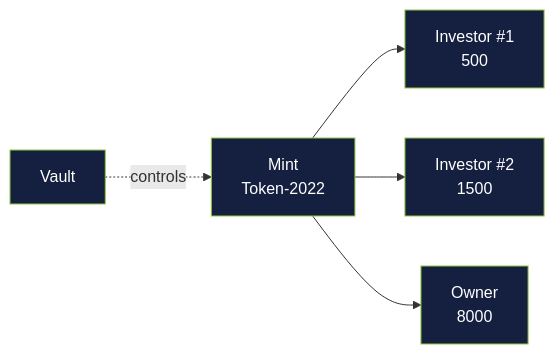
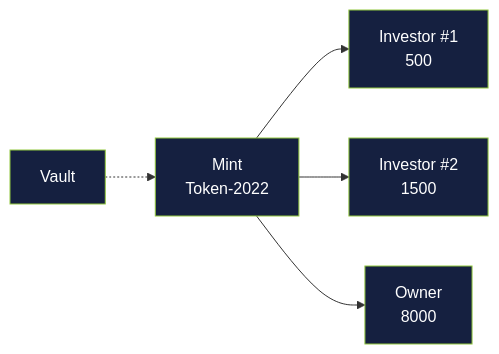
Diagram 20 of 44 in slides-en.md (In-Da-Hack-Decentrathon/presentation), drawn with Mermaid before and after one commit. The commit also changed other lines of this file and 1 other file, not shown here.

````diff
--- a/slides-en.md
+++ b/slides-en.md
@@ -2301,14 +2301,14 @@
 ```mermaid {scale: 0.5}
 flowchart LR
   Mint[Mint<br/>Token-2022]
   Vault[Vault]
   TA1[Investor #1<br/>500]
   TA2[Investor #2<br/>1500]
   TA3[Owner<br/>8000]
-  Vault -.controls.-> Mint
+  Vault -.-> Mint
   Mint --> TA1
   Mint --> TA2
   Mint --> TA3
   classDef dim fill:#152040,stroke:#92c73e,color:#ffffff
   class Mint,Vault,TA1,TA2,TA3 dim
 ```
````
